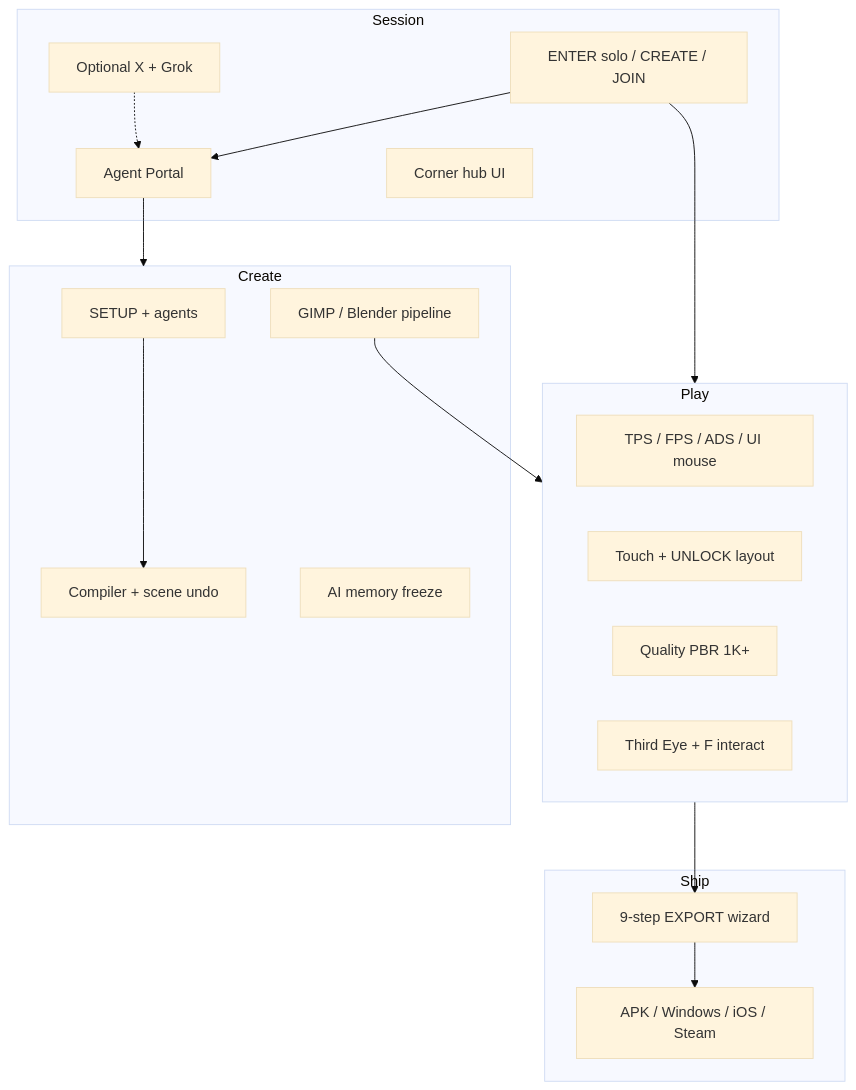
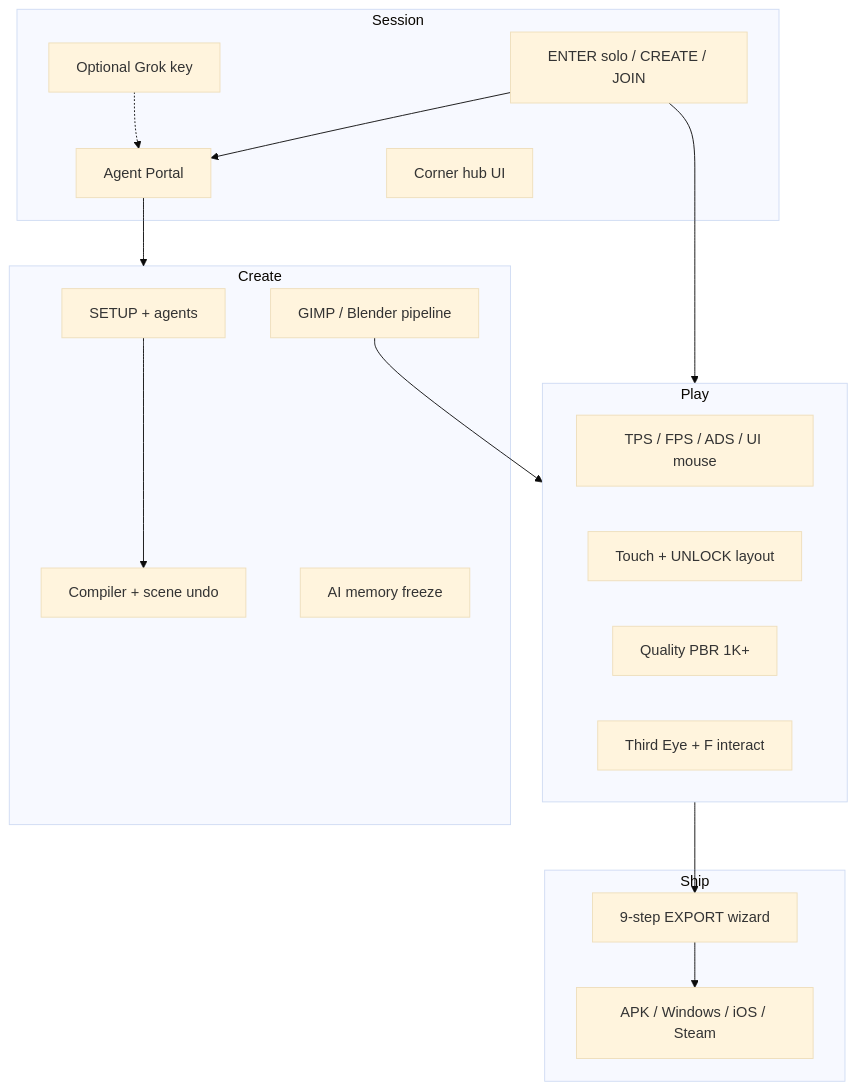
Before and after one commit to medicinalsheep/threshold: the diagram in docs/README.md, drawn with Mermaid (base theme). The commit also changed other lines of this file and 18 other files, not shown here.

````diff
--- a/docs/README.md
+++ b/docs/README.md
@@ -24,31 +24,31 @@
 ```mermaid
 flowchart TB
     subgraph session [Session]
         LOBBY[ENTER solo / CREATE / JOIN]
         PORTAL[Agent Portal]
         HUBS[Corner hub UI]
-        AUTH[Optional X + Grok]
+        AUTH[Optional Grok key]
     end
     subgraph play [Play]
         TPS[TPS / FPS / ADS / UI mouse]
         TOUCH[Touch + UNLOCK layout]
         PBR[Quality PBR 1K+]
         TE[Third Eye + F interact]
     end
     subgraph create [Create]
         SETUP[SETUP + agents]
         COMP[Compiler + scene undo]
         ART[GIMP / Blender pipeline]
         FREEZE[AI memory freeze]
     end
     subgraph ship [Ship]
         EXP[9-step EXPORT wizard]
         NAT[APK / Windows / iOS / Steam]
     end
     LOBBY --> PORTAL --> create
     LOBBY --> play
     AUTH -.-> PORTAL
     SETUP --> COMP
     ART --> play
     play --> EXP --> NAT
 ```
````
